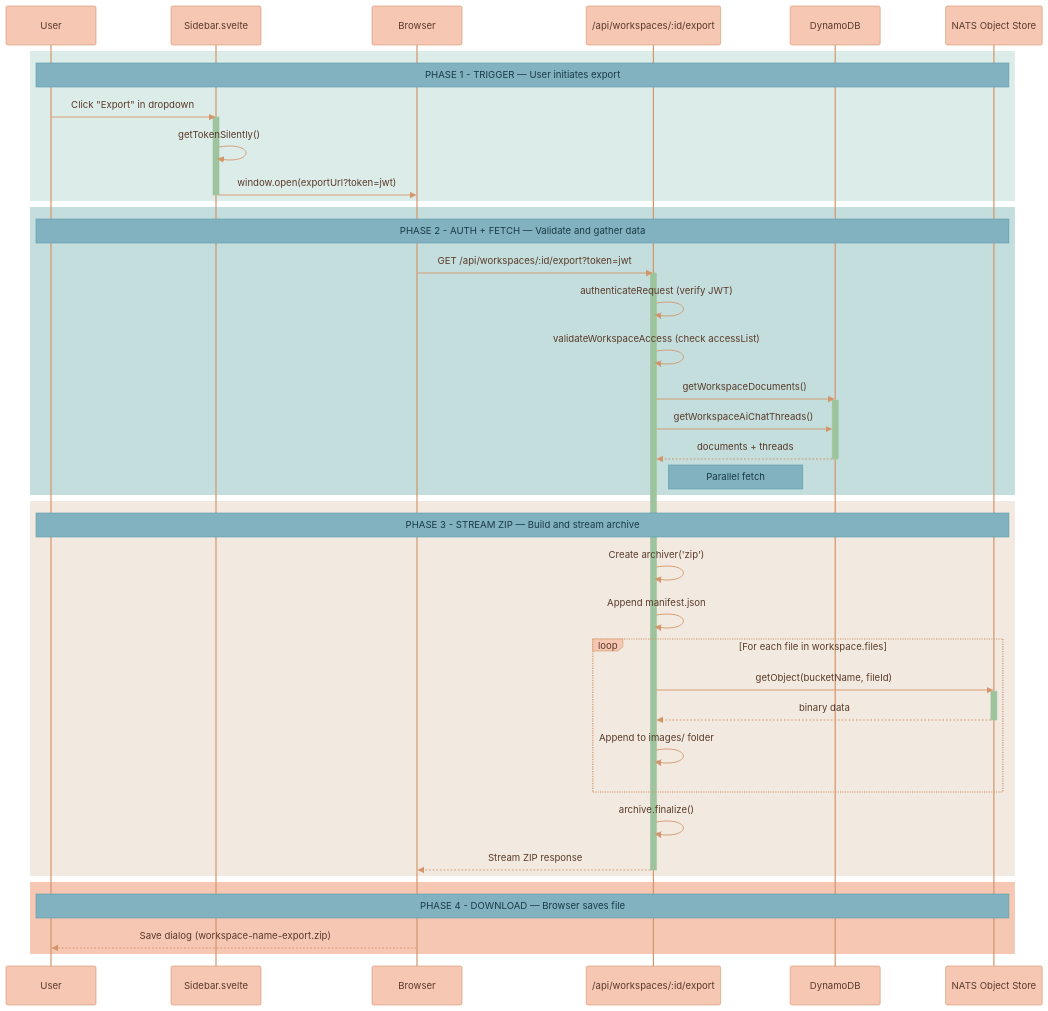
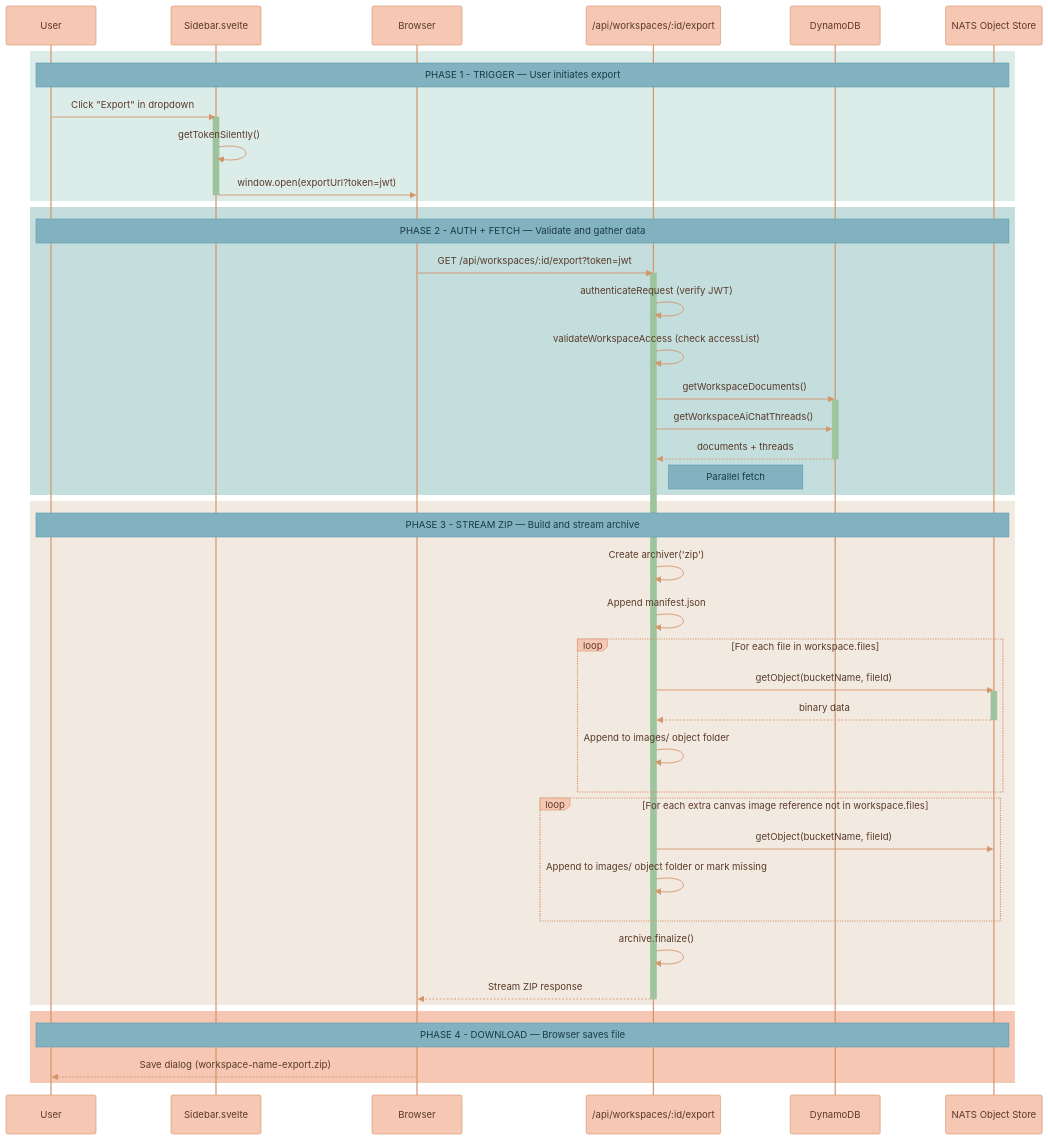
The first of 2 diagrams in documentation/library/WORKSPACE-EXPORT-IMPORT.md (Lixpi/lixpi), drawn with Mermaid before and after one commit. The commit also changed other lines of this file and 15 other files, not shown here.

````diff
--- a/documentation/library/WORKSPACE-EXPORT-IMPORT.md
+++ b/documentation/library/WORKSPACE-EXPORT-IMPORT.md
@@ -57,66 +61,70 @@
 ```mermaid
 %%{init: {'theme': 'base', 'themeVariables': { 'noteBkgColor': '#82B2C0', 'noteTextColor': '#1a3a47', 'noteBorderColor': '#5a9aad', 'actorBkg': '#F6C7B3', 'actorBorder': '#d4956a', 'actorTextColor': '#5a3a2a', 'actorLineColor': '#d4956a', 'signalColor': '#d4956a', 'signalTextColor': '#5a3a2a', 'labelBoxBkgColor': '#F6C7B3', 'labelBoxBorderColor': '#d4956a', 'labelTextColor': '#5a3a2a', 'loopTextColor': '#5a3a2a', 'activationBorderColor': '#9DC49D', 'activationBkgColor': '#9DC49D', 'sequenceNumberColor': '#5a3a2a'}}}%%
 sequenceDiagram
     participant User
     participant Sidebar as Sidebar.svelte
     participant Browser
     participant API as /api/workspaces/:id/export
     participant DB as DynamoDB
     participant ObjStore as NATS Object Store
 
     %% ═══════════════════════════════════════════════════════════════
     %% PHASE 1: TRIGGER
     %% ═══════════════════════════════════════════════════════════════
     rect rgb(220, 236, 233)
         Note over User, ObjStore: PHASE 1 - TRIGGER — User initiates export
         User->>Sidebar: Click "Export" in dropdown
         activate Sidebar
         Sidebar->>Sidebar: getTokenSilently()
         Sidebar->>Browser: window.open(exportUrl?token=jwt)
         deactivate Sidebar
     end
 
     %% ═══════════════════════════════════════════════════════════════
     %% PHASE 2: AUTH + FETCH
     %% ═══════════════════════════════════════════════════════════════
     rect rgb(195, 222, 221)
         Note over User, ObjStore: PHASE 2 - AUTH + FETCH — Validate and gather data
         Browser->>API: GET /api/workspaces/:id/export?token=jwt
         activate API
         API->>API: authenticateRequest (verify JWT)
         API->>API: validateWorkspaceAccess (check accessList)
         API->>DB: getWorkspaceDocuments()
         activate DB
         API->>DB: getWorkspaceAiChatThreads()
         DB-->>API: documents + threads
         deactivate DB
         Note right of API: Parallel fetch
     end
 
     %% ═══════════════════════════════════════════════════════════════
     %% PHASE 3: STREAM ZIP
     %% ═══════════════════════════════════════════════════════════════
     rect rgb(242, 234, 224)
         Note over User, ObjStore: PHASE 3 - STREAM ZIP — Build and stream archive
         API->>API: Create archiver('zip')
         API->>API: Append manifest.json
         loop For each file in workspace.files
             API->>ObjStore: getObject(bucketName, fileId)
             activate ObjStore
             ObjStore-->>API: binary data
             deactivate ObjStore
-            API->>API: Append to images/ folder
+            API->>API: Append to images/ object folder
+        end
+        loop For each extra canvas image reference not in workspace.files
+            API->>ObjStore: getObject(bucketName, fileId)
+            API->>API: Append to images/ object folder or mark missing
         end
         API->>API: archive.finalize()
         API-->>Browser: Stream ZIP response
         deactivate API
     end
 
     %% ═══════════════════════════════════════════════════════════════
     %% PHASE 4: DOWNLOAD
     %% ═══════════════════════════════════════════════════════════════
     rect rgb(246, 199, 179)
         Note over User, ObjStore: PHASE 4 - DOWNLOAD — Browser saves file
         Browser-->>User: Save dialog (workspace-name-export.zip)
     end
 ```
````
